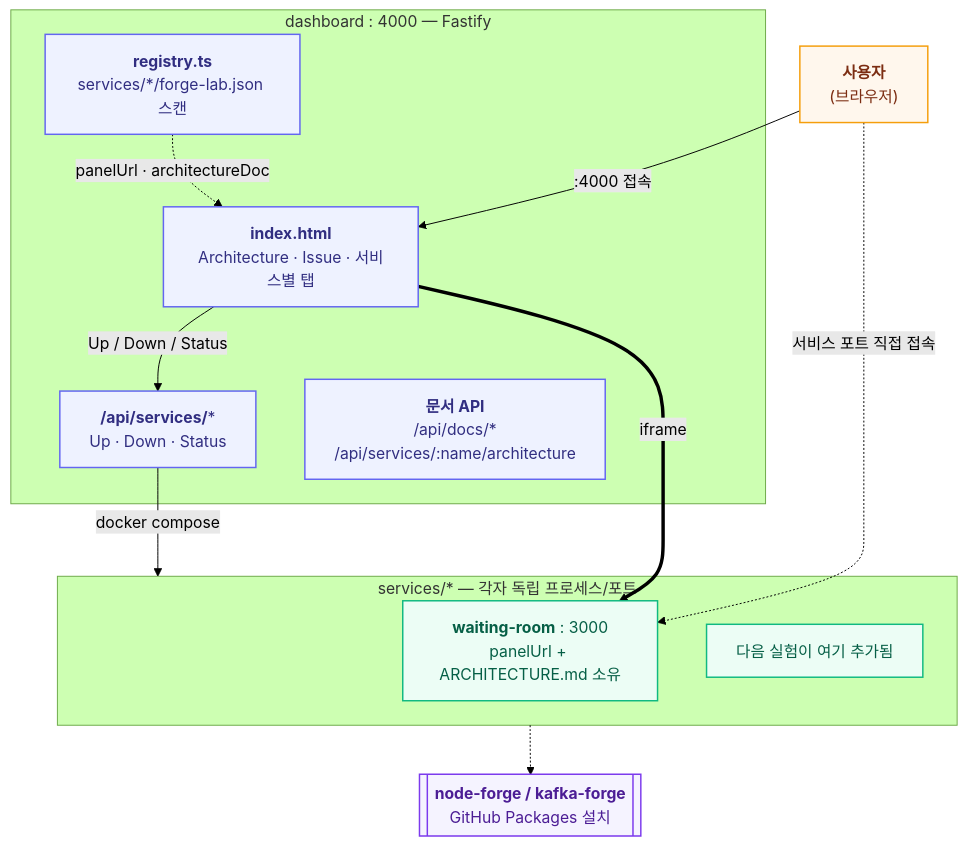
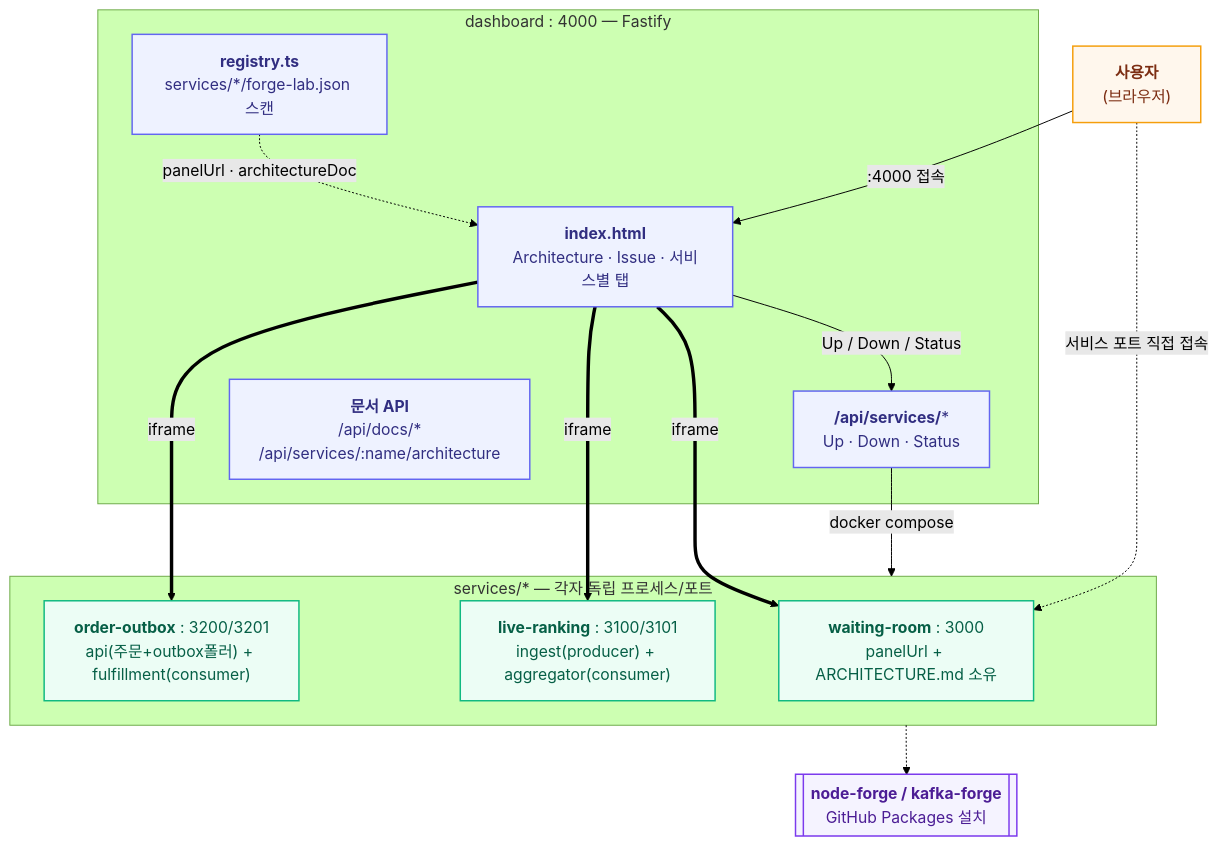
One commit to paikpaik/forgeLab changed the diagram in docs/architecture.md. Above: the diagram before and after it, drawn with Mermaid (forest theme). The commit also changed other lines of this file and 35 other files, not shown here.

Commit message:
[TSK-1] - order-outbox 패널 추가

````diff
--- a/docs/architecture.md
+++ b/docs/architecture.md
@@ -27,45 +31,50 @@
 ```mermaid
 flowchart TB
     U["`**사용자**
     (브라우저)`"]
 
     subgraph DB["dashboard : 4000 — Fastify"]
         DUI["`**index.html**
         Architecture · Issue · 서비스별 탭`"]
         DAPI["`**/api/services/***
         Up · Down · Status`"]
         DREG["`**registry.ts**
         services/*/forge-lab.json 스캔`"]
         DDOC["`**문서 API**
         /api/docs/*
         /api/services/:name/architecture`"]
     end
 
     subgraph SVC["services/* — 각자 독립 프로세스/포트"]
         S1["`**waiting-room** : 3000
         panelUrl + ARCHITECTURE.md 소유`"]
-        S2["다음 실험이 여기 추가됨"]
+        S2["`**live-ranking** : 3100/3101
+        ingest(producer) + aggregator(consumer)`"]
+        S3["`**order-outbox** : 3200/3201
+        api(주문+outbox폴러) + fulfillment(consumer)`"]
     end
 
     NF[["`**node-forge / kafka-forge**
     GitHub Packages 설치`"]]
 
     U -->|":4000 접속"| DUI
     DUI -->|"Up / Down / Status"| DAPI
     DAPI -->|"docker compose"| SVC
     DREG -.->|"panelUrl · architectureDoc"| DUI
     DUI ==>|"iframe"| S1
+    DUI ==>|"iframe"| S2
+    DUI ==>|"iframe"| S3
     U -.->|"서비스 포트 직접 접속"| S1
 
     SVC -.-> NF
 
     classDef dashboardNode fill:#eef2ff,stroke:#6366f1,stroke-width:1.5px,color:#312e81
     classDef serviceNode fill:#ecfdf5,stroke:#10b981,stroke-width:1.5px,color:#065f46
     classDef forgeNode fill:#f5f3ff,stroke:#7c3aed,stroke-width:1.5px,color:#4c1d95
     classDef userNode fill:#fff7ed,stroke:#f59e0b,stroke-width:1.5px,color:#7c2d12
 
     class U userNode
     class DUI,DAPI,DREG,DDOC dashboardNode
-    class S1,S2 serviceNode
+    class S1,S2,S3 serviceNode
     class NF forgeNode
 ```
````
